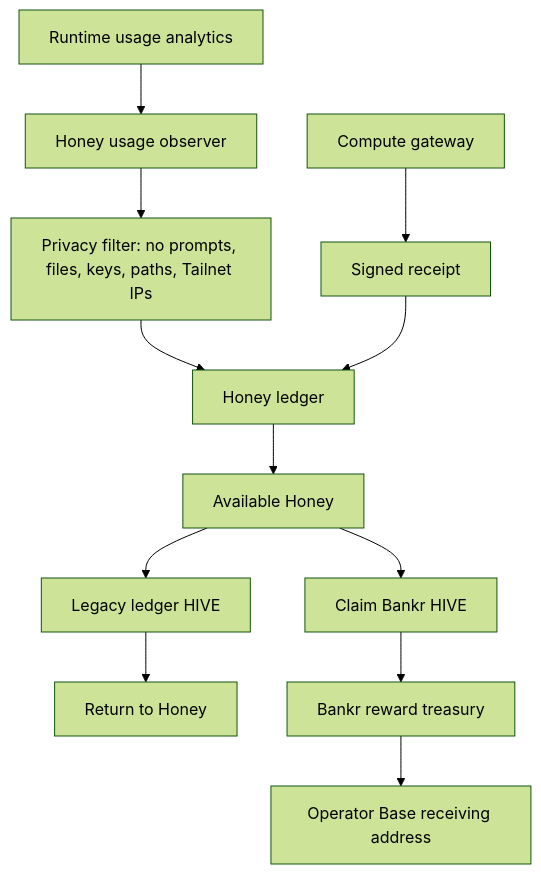
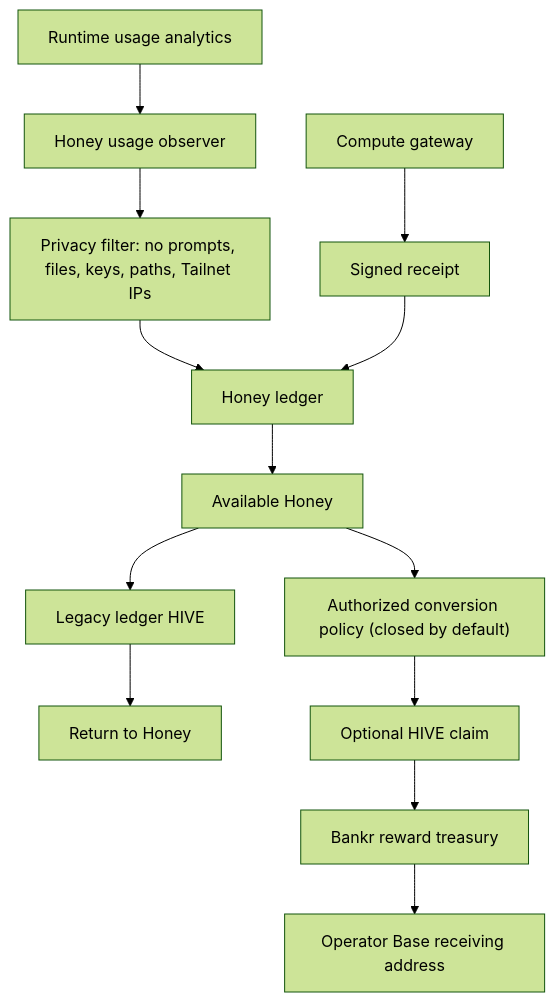
Before and after one commit to LiamVisionary/hivemindos: the fifth of 15 diagrams in docs/for-users/diagrams.md, drawn with Mermaid (forest theme). The commit also changed other lines of this file and 186 other files, not shown here.

````diff
--- a/docs/for-users/diagrams.md
+++ b/docs/for-users/diagrams.md
@@ -170,14 +170,15 @@
 ```mermaid
 flowchart TD
   RuntimeUsage["Runtime usage analytics"] --> Observer["Honey usage observer"]
   Observer --> PrivacyFilter["Privacy filter: no prompts, files, keys, paths, Tailnet IPs"]
   PrivacyFilter --> HoneyLedger["Honey ledger"]
   ComputeGateway["Compute gateway"] --> WorkerReceipt["Signed receipt"]
   WorkerReceipt --> HoneyLedger
   HoneyLedger --> Honey["Available Honey"]
   Honey --> LegacyHive["Legacy ledger HIVE"]
   LegacyHive --> Return["Return to Honey"]
-  Honey --> BankrClaim["Claim Bankr HIVE"]
+  Honey --> PolicyGate["Authorized conversion policy (closed by default)"]
+  PolicyGate --> BankrClaim["Optional HIVE claim"]
   BankrClaim --> Treasury["Bankr reward treasury"]
   Treasury --> BaseWallet["Operator Base receiving address"]
 ```
````
